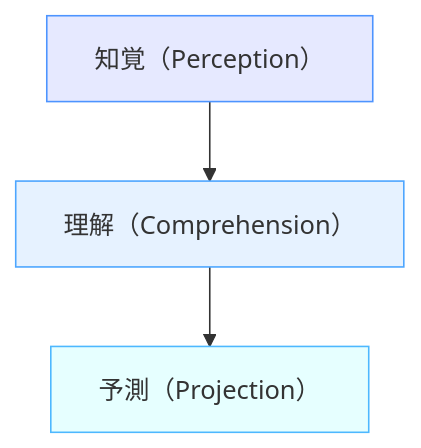
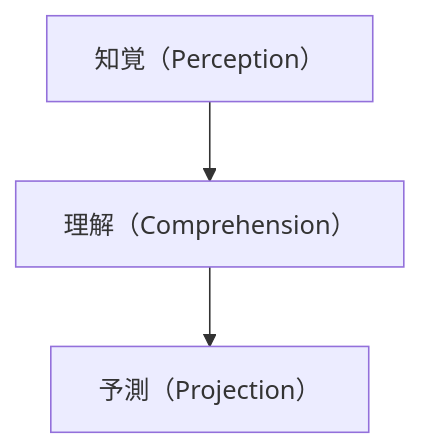
One commit to shuji-bonji/Situational-Awareness-and-Decision-Making changed the first of 4 diagrams in docs/basics/endsley-model.md. Above: the diagram before and after it, drawn with Mermaid. The commit also changed other lines of this file and 49 other files, not shown here.

Commit message:
fix: ダークモードで見づらい図の色の変更

````diff
--- a/docs/basics/endsley-model.md
+++ b/docs/basics/endsley-model.md
@@ -20,7 +20,4 @@
 ```mermaid
 graph TD
     L1[知覚（Perception）] --> L2[理解（Comprehension）] --> L3[予測（Projection）]
-    style L1 fill:#e6e9ff,stroke:#4d94ff
-    style L2 fill:#e6f2ff,stroke:#4da6ff
-    style L3 fill:#e6ffff,stroke:#4db8ff
 ```
````
